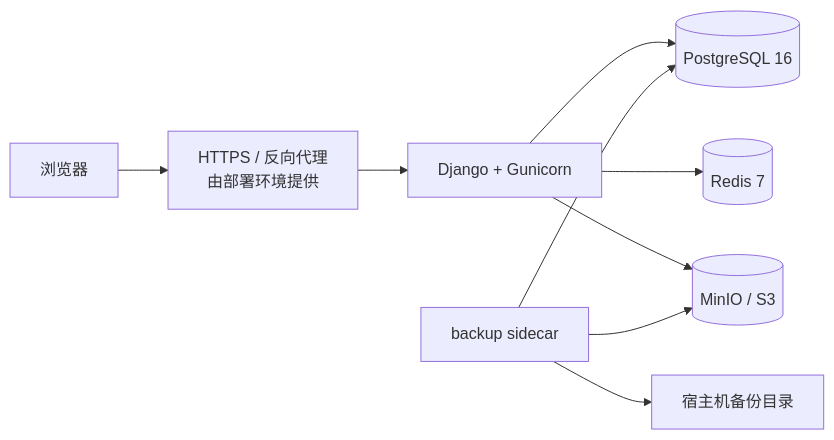
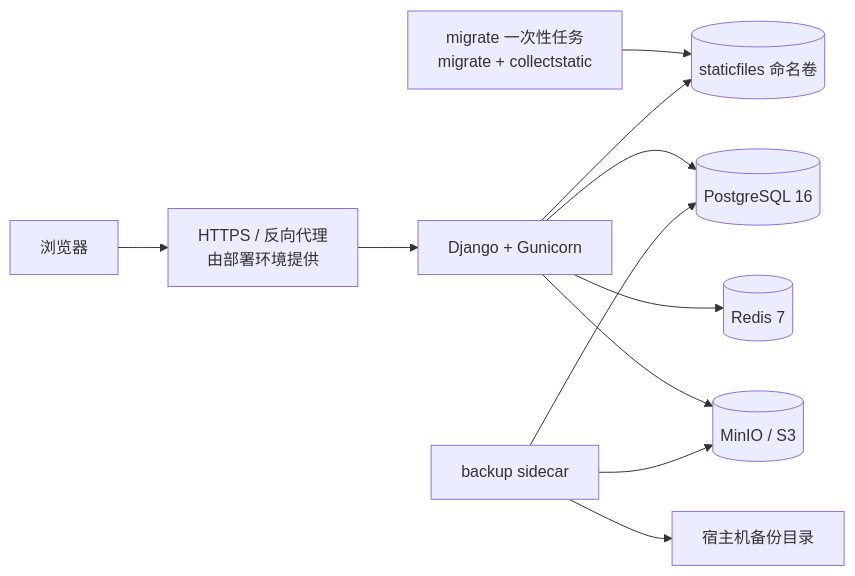
The diagram in docker/README.md (strawberry-little-bear/campus_glimmer), drawn with Mermaid before and after one commit. The commit also changed other lines of this file and 2 other files, not shown here.

First line of the commit message:
docs: 同步独立 migrate 服务后的部署口径

````diff
--- a/docker/README.md
+++ b/docker/README.md
@@ -30,11 +30,13 @@
 ```mermaid
 flowchart LR
     Browser["浏览器"] --> Proxy["HTTPS / 反向代理<br/>由部署环境提供"]
     Proxy --> Web["Django + Gunicorn"]
+    Migrate["migrate 一次性任务<br/>migrate + collectstatic"] --> StaticFiles[("staticfiles 命名卷")]
+    Web --> StaticFiles
     Web --> PG[("PostgreSQL 16")]
     Web --> Redis[("Redis 7")]
     Web --> MinIO[("MinIO / S3")]
     Backup["backup sidecar"] --> PG
     Backup --> MinIO
     Backup --> Disk["宿主机备份目录"]
 ```
````
